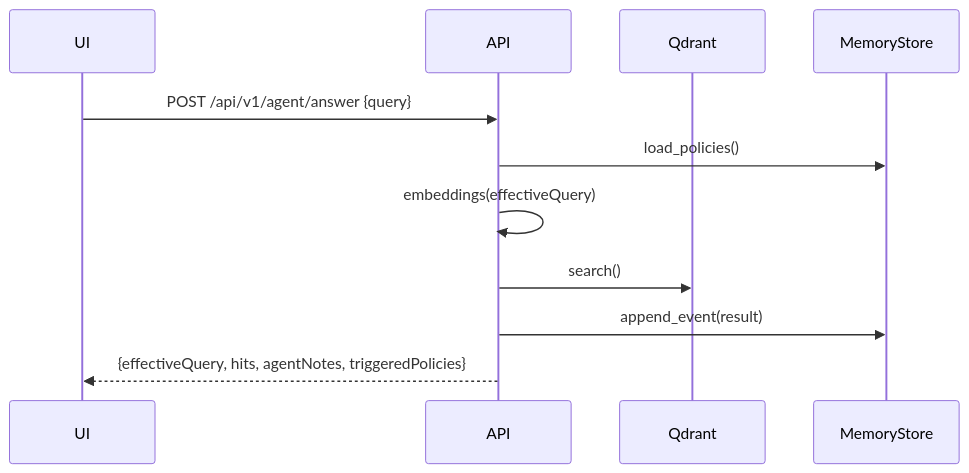
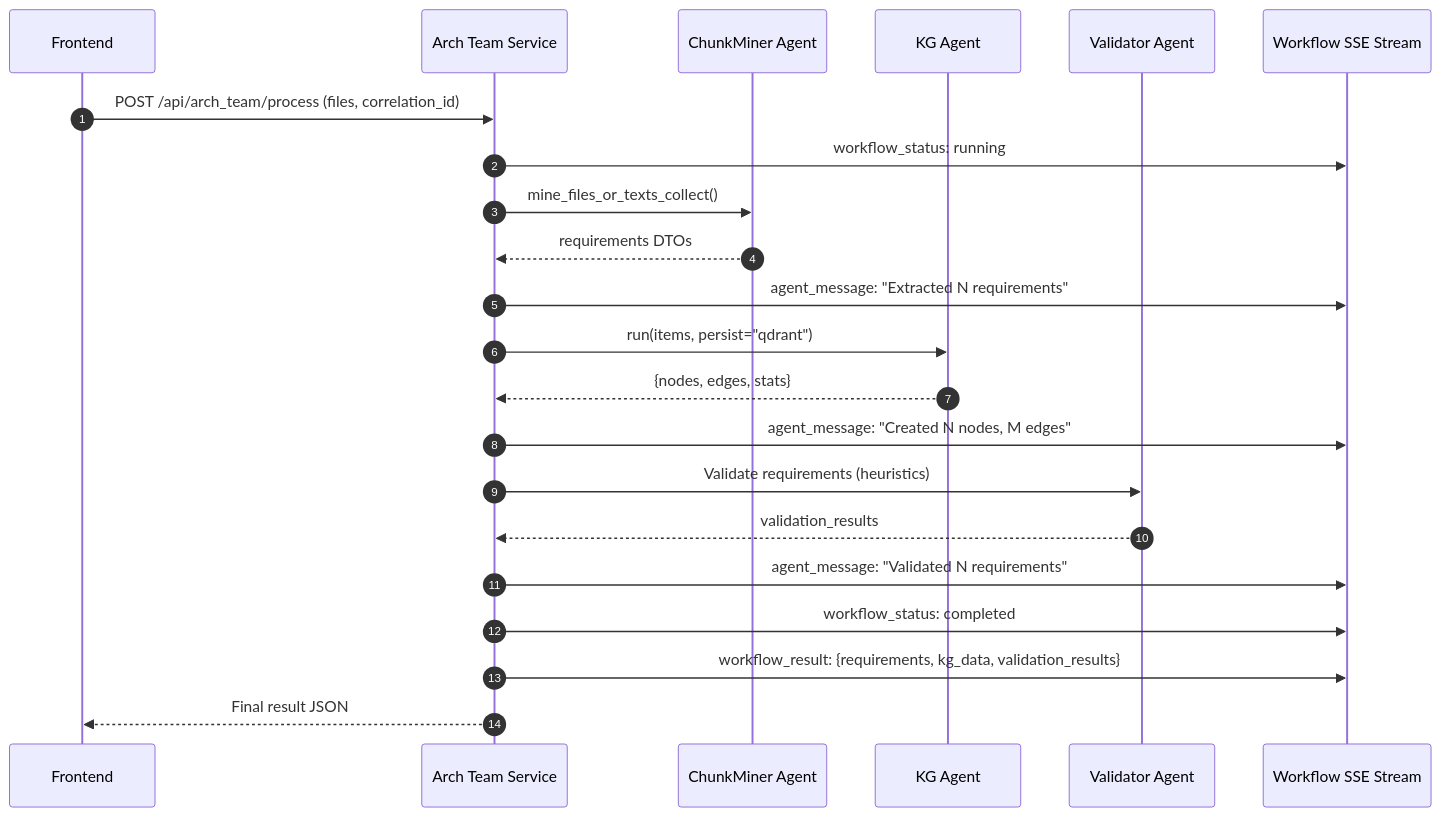
Before and after one commit to Flissel/-req-orchestrator: the fifth of 15 diagrams in docs/architecture/SYSTEM_OVERVIEW.md, drawn with Mermaid. The commit also changed other lines of this file and 128 other files, not shown here.

````diff
--- a/docs/architecture/SYSTEM_OVERVIEW.md
+++ b/docs/architecture/SYSTEM_OVERVIEW.md
@@ -198,14 +314,29 @@
 ```mermaid
 sequenceDiagram
-  participant UI
-  participant API
-  participant Qdrant
-  participant MEM as MemoryStore
+  autonumber
+  participant UI as Frontend
+  participant API as Arch Team Service
+  participant CM as ChunkMiner Agent
+  participant KG as KG Agent
+  participant V as Validator Agent
+  participant SSE as Workflow SSE Stream
 
-  UI->>API: POST /api/v1/agent/answer {query}
-  API->>MEM: load_policies()
-  API->>API: embeddings(effectiveQuery)
-  API->>Qdrant: search()
-  API->>MEM: append_event(result)
-  API-->>UI: {effectiveQuery, hits, agentNotes, triggeredPolicies}
+  UI->>API: POST /api/arch_team/process (files, correlation_id)
+  API->>SSE: workflow_status: running
+
+  API->>CM: mine_files_or_texts_collect()
+  CM-->>API: requirements DTOs
+  API->>SSE: agent_message: "Extracted N requirements"
+
+  API->>KG: run(items, persist="qdrant")
+  KG-->>API: {nodes, edges, stats}
+  API->>SSE: agent_message: "Created N nodes, M edges"
+
+  API->>V: Validate requirements (heuristics)
+  V-->>API: validation_results
+  API->>SSE: agent_message: "Validated N requirements"
+
+  API->>SSE: workflow_status: completed
+  API->>SSE: workflow_result: {requirements, kg_data, validation_results}
+  API-->>UI: Final result JSON
 ```
````
